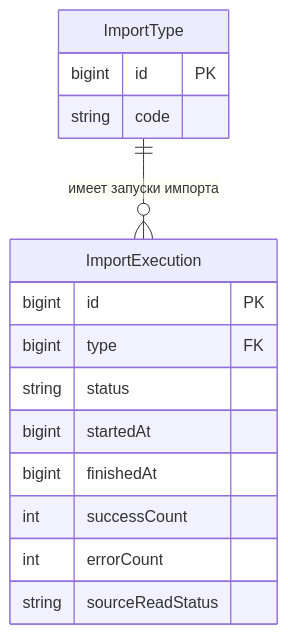
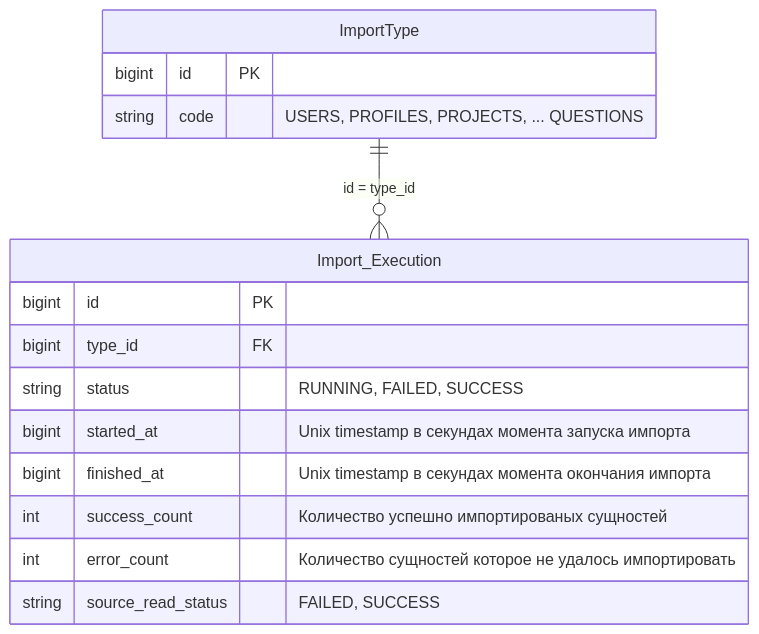
One commit to it-mentor-community-platform/meta changed the diagram in system-analytics/services/data-importer/index.md. Above: the diagram before and after it, drawn with Mermaid. The commit also changed other lines of this file, not shown here.

````diff
--- a/system-analytics/services/data-importer/index.md
+++ b/system-analytics/services/data-importer/index.md
@@ -29,20 +40,20 @@
 ```mermaid
 erDiagram
-    ImportType ||--o{ ImportExecution : "имеет запуски импорта"
+    ImportType ||--o{ Import_Execution : "id = type_id"
 
     ImportType {
         bigint id PK
-        string code
+        string code "USERS, PROFILES, PROJECTS, ... QUESTIONS"
     }
 
-    ImportExecution {
+    Import_Execution {
         bigint id PK
-        bigint type FK
-        string status
-        bigint startedAt
-        bigint finishedAt
-        int successCount
-        int errorCount
-        string sourceReadStatus
+        bigint type_id FK
+        string status "RUNNING, FAILED, SUCCESS"
+        bigint started_at "Unix timestamp в секундах момента запуска импорта"
+        bigint finished_at "Unix timestamp в секундах момента окончания импорта"
+        int success_count "Количество успешно импортированых сущностей"
+        int error_count "Количество сущностей которое не удалось импортировать"
+        string source_read_status "FAILED, SUCCESS"
     }
 ```
````
